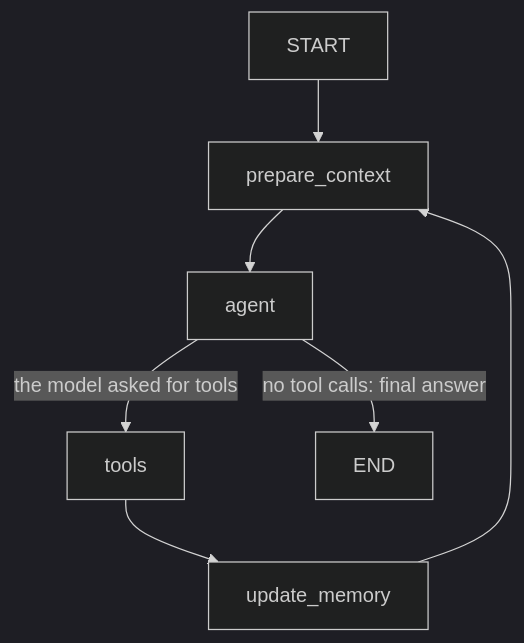
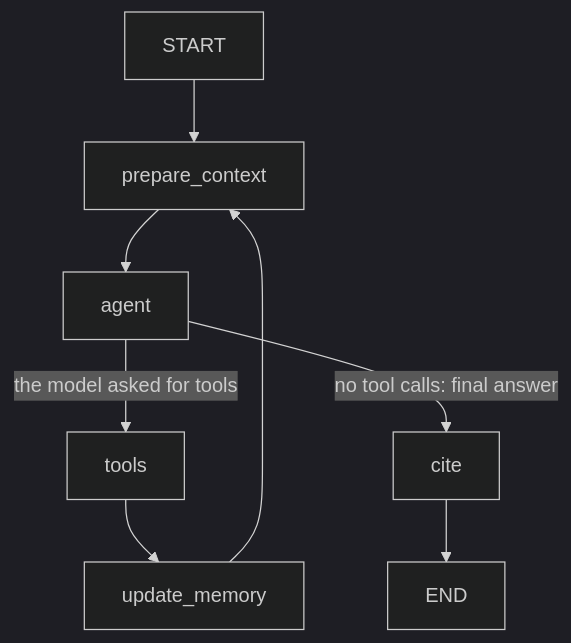
The diagram in README.md (Oenarion/EO_agent), drawn with Mermaid (dark theme) before and after one commit. The commit also changed other lines of this file and 24 other files, not shown here.

````diff
--- a/README.md
+++ b/README.md
@@ -100,9 +101,10 @@
 ```mermaid
 flowchart TD
     START --> prepare_context
     prepare_context --> agent
     agent -->|the model asked for tools| tools
-    agent -->|no tool calls: final answer| END
+    agent -->|no tool calls: final answer| cite
+    cite --> END
     tools --> update_memory
     update_memory --> prepare_context
 ```
````
